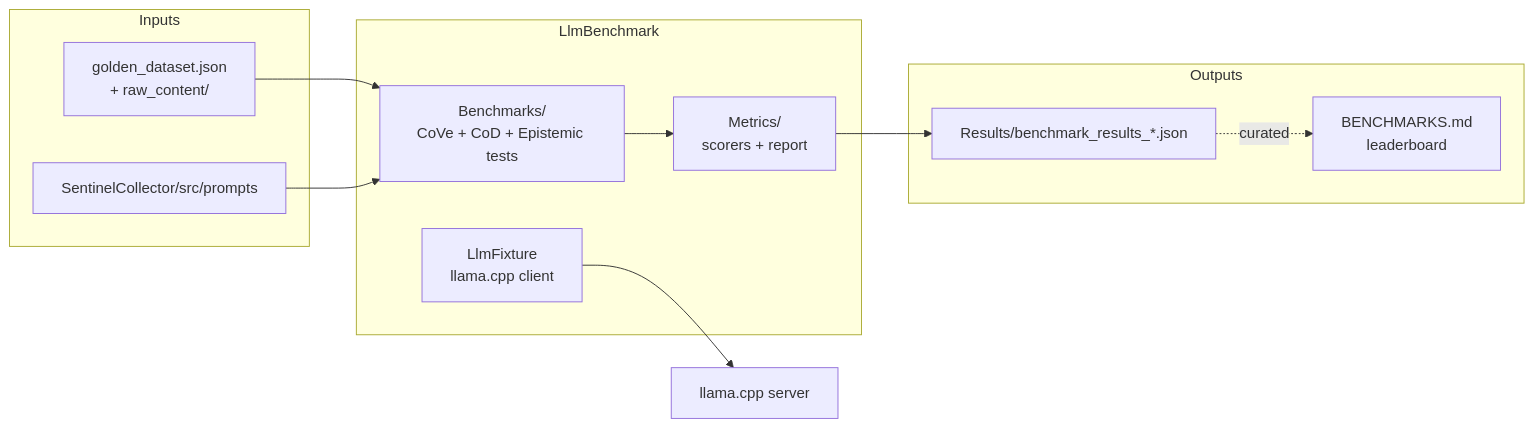
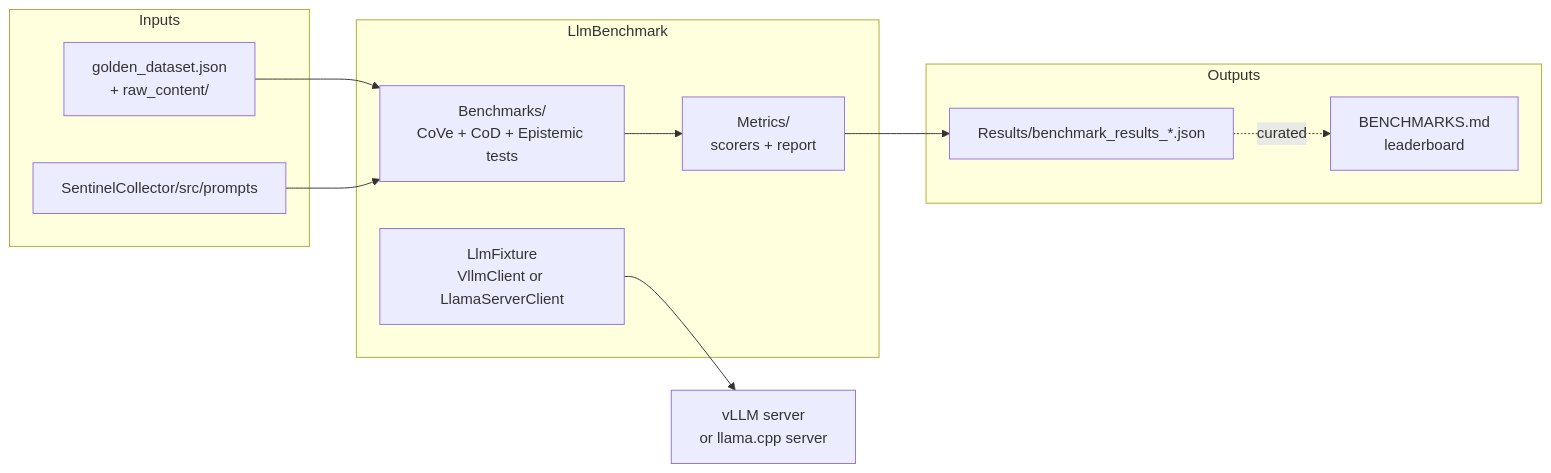
Before and after one commit to jpansarasa/ATLAS-Docs: the diagram in LlmBenchmark/README.md, drawn with Mermaid. The commit also changed other lines of this file and 10 other files, not shown here.

````diff
--- a/LlmBenchmark/README.md
+++ b/LlmBenchmark/README.md
@@ -11,27 +26,27 @@
 ```mermaid
 flowchart LR
     subgraph Inputs
         GD[golden_dataset.json<br/>+ raw_content/]
         PR[SentinelCollector/src/prompts]
     end
 
     subgraph LlmBenchmark
-        FX[LlmFixture<br/>llama.cpp client]
+        FX[LlmFixture<br/>VllmClient or LlamaServerClient]
         BM[Benchmarks/<br/>CoVe + CoD + Epistemic tests]
         SC[Metrics/<br/>scorers + report]
     end
 
-    LC[llama.cpp server]
+    EN[vLLM server<br/>or llama.cpp server]
 
     subgraph Outputs
         RJ[Results/benchmark_results_*.json]
         LD[BENCHMARKS.md<br/>leaderboard]
     end
 
     GD --> BM
     PR --> BM
-    FX --> LC
+    FX --> EN
     BM --> SC
     SC --> RJ
     RJ -.curated.-> LD
 ```
````
